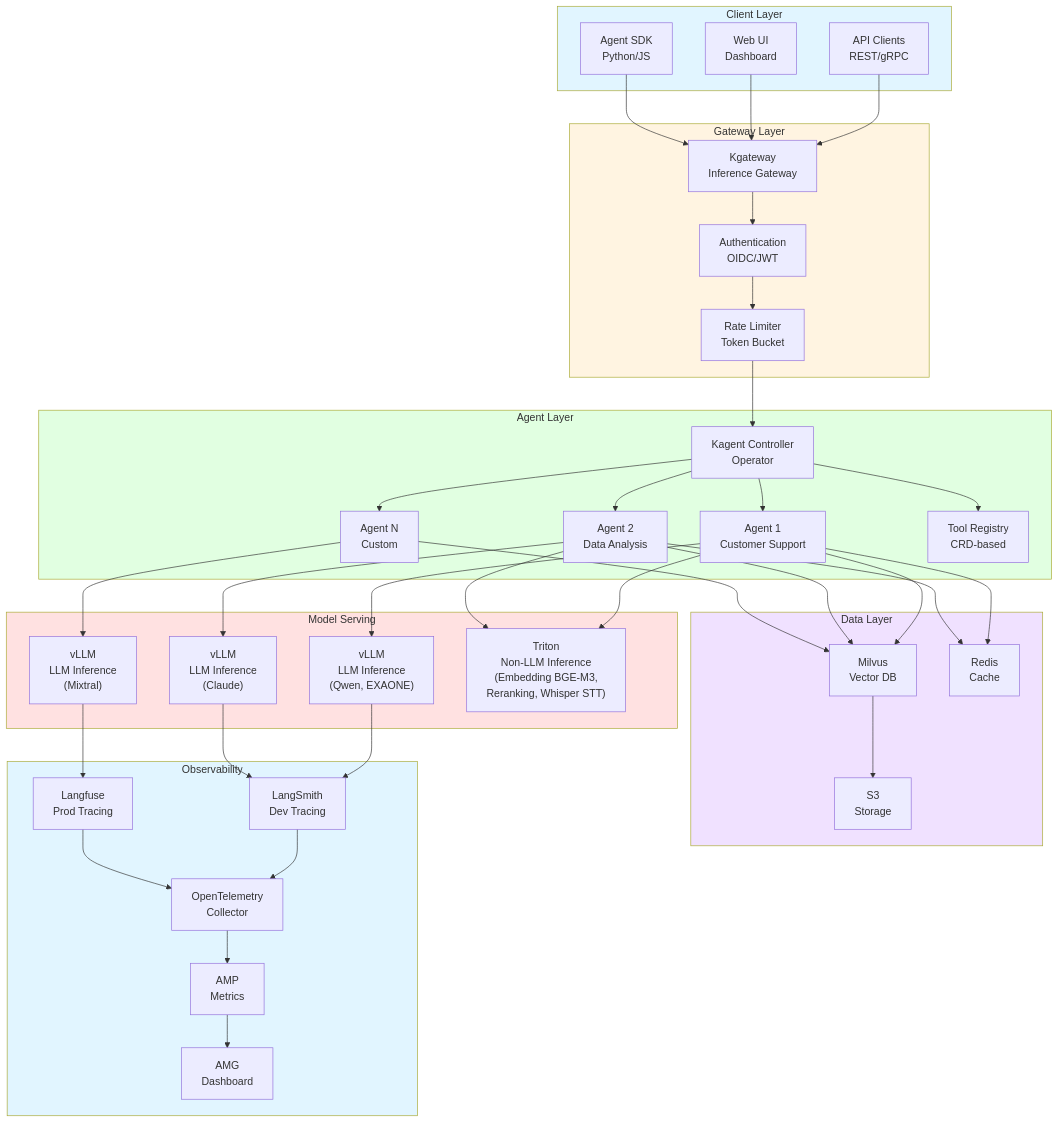
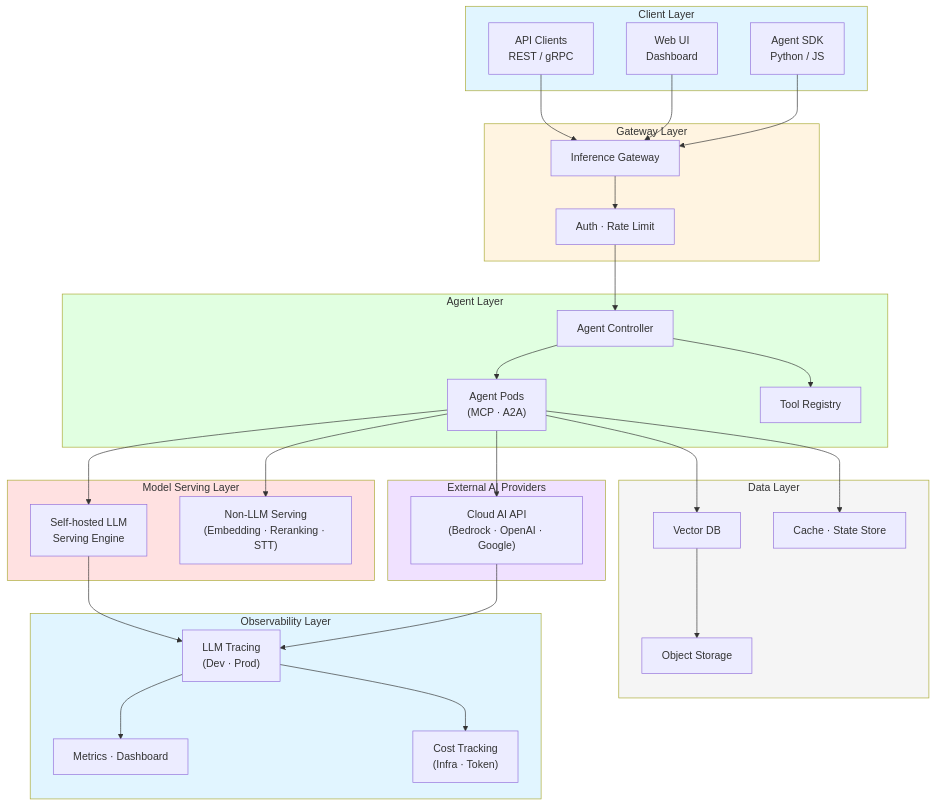
The first of 5 diagrams in i18n/en/docusaurus-plugin-content-docs/current/agentic-ai-platform/design-architecture/agentic-platform-architecture.md (devfloor9/engineering-playbook), drawn with Mermaid before and after one commit. The commit also changed other lines of this file and 23 other files, not shown here.

````diff
--- a/i18n/en/docusaurus-plugin-content-docs/current/agentic-ai-platform/design-architecture/agentic-platform-architecture.md
+++ b/i18n/en/docusaurus-plugin-content-docs/current/agentic-ai-platform/design-architecture/agentic-platform-architecture.md
@@ -49,79 +33,63 @@
 ```mermaid
 flowchart TD
     subgraph ClientLayer["Client Layer"]
-        CLIENT["API Clients<br/>REST/gRPC"]
+        CLIENT["API Clients<br/>REST / gRPC"]
         UI["Web UI<br/>Dashboard"]
-        SDK["Agent SDK<br/>Python/JS"]
+        SDK["Agent SDK<br/>Python / JS"]
     end
 
     subgraph GatewayLayer["Gateway Layer"]
-        KGWY["Kgateway<br/>Inference Gateway"]
-        AUTH["Authentication<br/>OIDC/JWT"]
-        RATE["Rate Limiter<br/>Token Bucket"]
+        IGW["Inference Gateway"]
+        AUTH["Auth · Rate Limit"]
     end
 
     subgraph AgentLayer["Agent Layer"]
-        KAGENT["Kagent Controller<br/>Operator"]
-        AGENT1["Agent 1<br/>Customer Support"]
-        AGENT2["Agent 2<br/>Data Analysis"]
-        AGENTN["Agent N<br/>Custom"]
-        TOOLS["Tool Registry<br/>CRD-based"]
+        CTRL["Agent Controller"]
+        AGENT["Agent Pods<br/>(MCP · A2A)"]
+        TOOLS["Tool Registry"]
     end
 
-    subgraph ModelLayer["Model Serving"]
-        VLLM1["vLLM<br/>LLM Inference<br/>(Qwen, EXAONE)"]
-        VLLM2["vLLM<br/>LLM Inference<br/>(Claude)"]
-        VLLM3["vLLM<br/>LLM Inference<br/>(Mixtral)"]
-        TRITON["Triton<br/>Non-LLM Inference<br/>(Embedding BGE-M3,<br/>Reranking, Whisper STT)"]
+    subgraph ModelLayer["Model Serving Layer"]
+        SELF_LLM["Self-hosted LLM<br/>Serving Engine"]
+        NONLLM["Non-LLM Serving<br/>(Embedding · Reranking · STT)"]
+    end
+
+    subgraph ExternalAI["External AI Providers"]
+        PROVIDER1["Cloud AI API<br/>(Bedrock · OpenAI · Google)"]
     end
 
     subgraph DataLayer["Data Layer"]
-        MILVUS["Milvus<br/>Vector DB"]
-        REDIS["Redis<br/>Cache"]
-        S3["S3<br/>Storage"]
+        VECTOR["Vector DB"]
+        CACHE["Cache · State Store"]
+        STORAGE["Object Storage"]
     end
 
-    subgraph ObsLayer["Observability"]
-        LANGSMITH["LangSmith<br/>Dev Tracing"]
-        LANGFUSE["Langfuse<br/>Prod Tracing"]
-        AMP["AMP<br/>Metrics"]
-        AMG["AMG<br/>Dashboard"]
-        OTEL["OpenTelemetry<br/>Collector"]
+    subgraph ObsLayer["Observability Layer"]
+        TRACE["LLM Tracing<br/>(Dev · Prod)"]
+        METRICS["Metrics · Dashboard"]
+        COST["Cost Tracking<br/>(Infra · Token)"]
     end
 
-    CLIENT --> KGWY
-    UI --> KGWY
-    SDK --> KGWY
-    KGWY --> AUTH
-    AUTH --> RATE
-    RATE --> KAGENT
-    KAGENT --> AGENT1
-    KAGENT --> AGENT2
-    KAGENT --> AGENTN
-    KAGENT --> TOOLS
-    AGENT1 --> VLLM1
-    AGENT2 --> VLLM2
-    AGENTN --> VLLM3
-    AGENT1 --> MILVUS
-    AGENT2 --> MILVUS
-    AGENTN --> MILVUS
-    AGENT1 --> TRITON
-    AGENT2 --> TRITON
-    AGENT1 --> REDIS
-    AGENT2 --> REDIS
-    MILVUS --> S3
-    VLLM1 --> LANGSMITH
-    VLLM2 --> LANGSMITH
-    VLLM3 --> LANGFUSE
-    LANGSMITH --> OTEL
-    LANGFUSE --> OTEL
-    OTEL --> AMP
-    AMP --> AMG
+    CLIENT & UI & SDK --> IGW
+    IGW --> AUTH --> CTRL
+    CTRL --> AGENT
+    CTRL --> TOOLS
+    AGENT --> SELF_LLM
+    AGENT --> NONLLM
+    AGENT --> PROVIDER1
+    AGENT --> VECTOR
+    AGENT --> CACHE
+    VECTOR --> STORAGE
+    SELF_LLM --> TRACE
+    PROVIDER1 --> TRACE
+    TRACE --> METRICS
+    TRACE --> COST
 
     style ClientLayer fill:#e1f5ff
     style GatewayLayer fill:#fff4e1
     style AgentLayer fill:#e1ffe1
     style ModelLayer fill:#ffe1e1
-    style DataLayer fill:#f0e1ff
+    style ExternalAI fill:#f0e1ff
+    style DataLayer fill:#f5f5f5
     style ObsLayer fill:#e1f5ff
 ```
````
